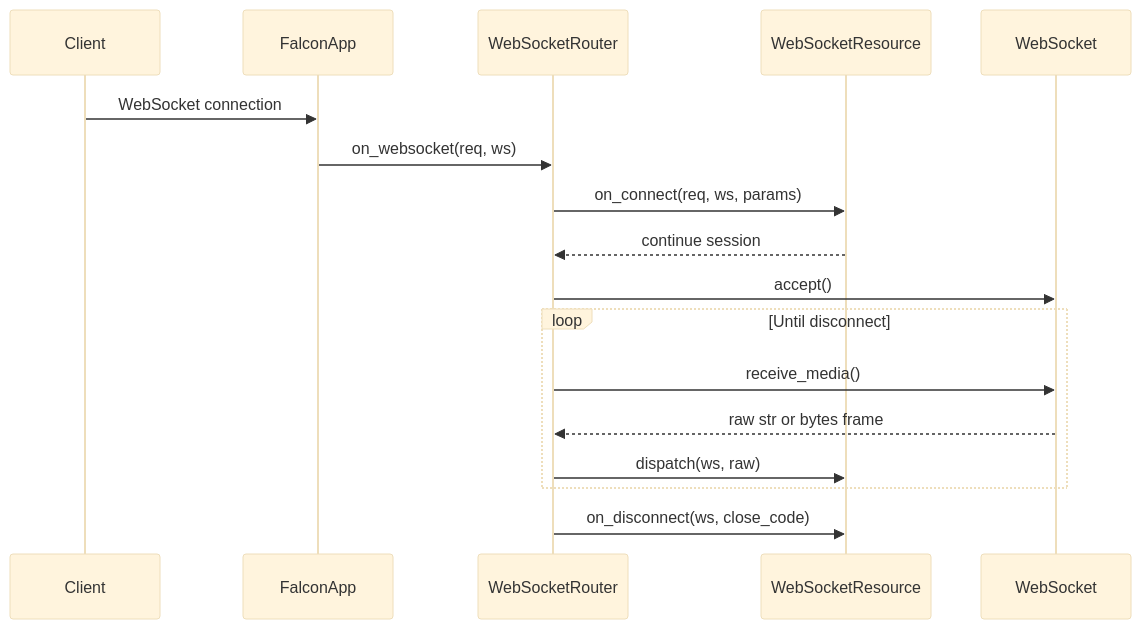
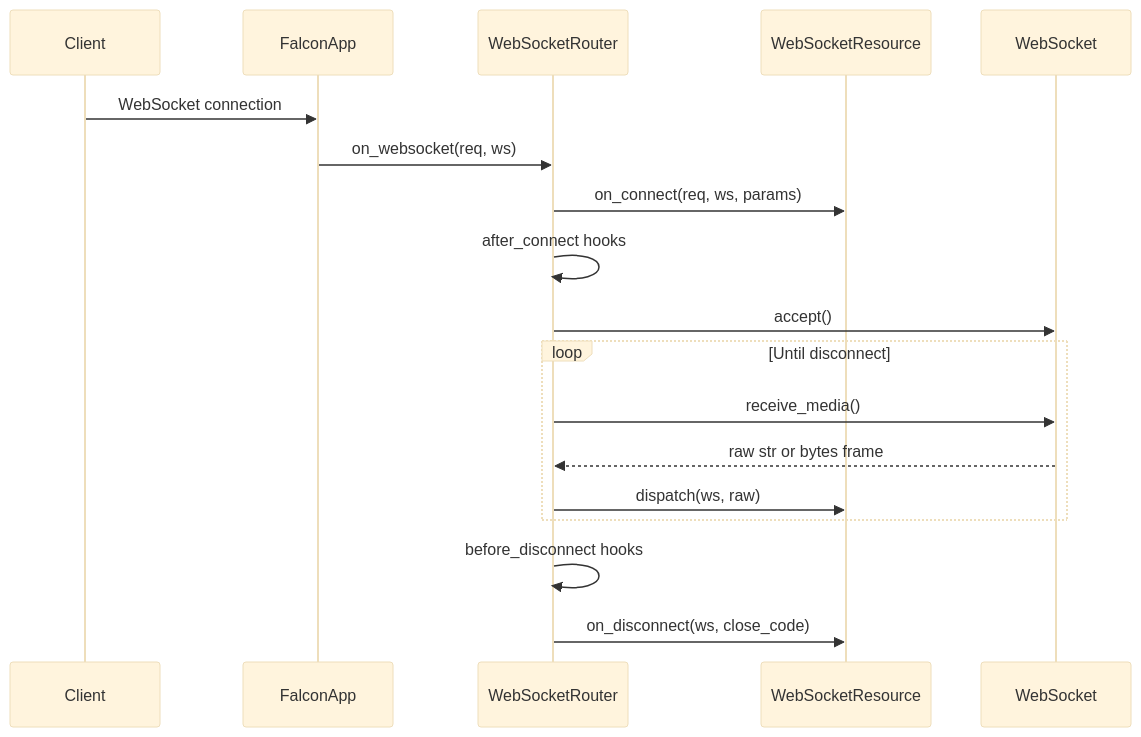
The second of 20 diagrams in docs/falcon-websocket-extension-design.md (leynos/falcon-pachinko), drawn with Mermaid (base theme) before and after one commit. The commit also changed other lines of this file and 23 other files, not shown here.

First line of the commit message:
Implement WebSocket disconnect lifecycle

````diff
--- a/docs/falcon-websocket-extension-design.md
+++ b/docs/falcon-websocket-extension-design.md
@@ -97,28 +107,30 @@
 ```mermaid
 sequenceDiagram
     accTitle: Falcon WebSocket responder lifecycle
     accDescr {
         With receive_loop enabled, Falcon routes the connection to
-        WebSocketRouter, which calls on_connect before accepting. The router
-        then receives and dispatches frames until disconnect, followed by the
-        resource's on_disconnect hook with the final close code.
+        WebSocketRouter, which calls on_connect and after_connect hooks before
+        router acceptance. It then receives and dispatches frames until
+        disconnect, followed by before_disconnect hooks and on_disconnect with
+        the effective close code.
     }
 
     participant Client
     participant FalconApp
     participant WebSocketRouter
     participant WebSocketResource
     participant WebSocket
 
     Client->>FalconApp: WebSocket connection
     FalconApp->>WebSocketRouter: on_websocket(req, ws)
     WebSocketRouter->>WebSocketResource: on_connect(req, ws, params)
-    WebSocketResource-->>WebSocketRouter: continue session
+    WebSocketRouter->>WebSocketRouter: after_connect hooks
     WebSocketRouter->>WebSocket: accept()
     loop Until disconnect
         WebSocketRouter->>WebSocket: receive_media()
         WebSocket-->>WebSocketRouter: raw str or bytes frame
         WebSocketRouter->>WebSocketResource: dispatch(ws, raw)
     end
+    WebSocketRouter->>WebSocketRouter: before_disconnect hooks
     WebSocketRouter->>WebSocketResource: on_disconnect(ws, close_code)
 ```
````
